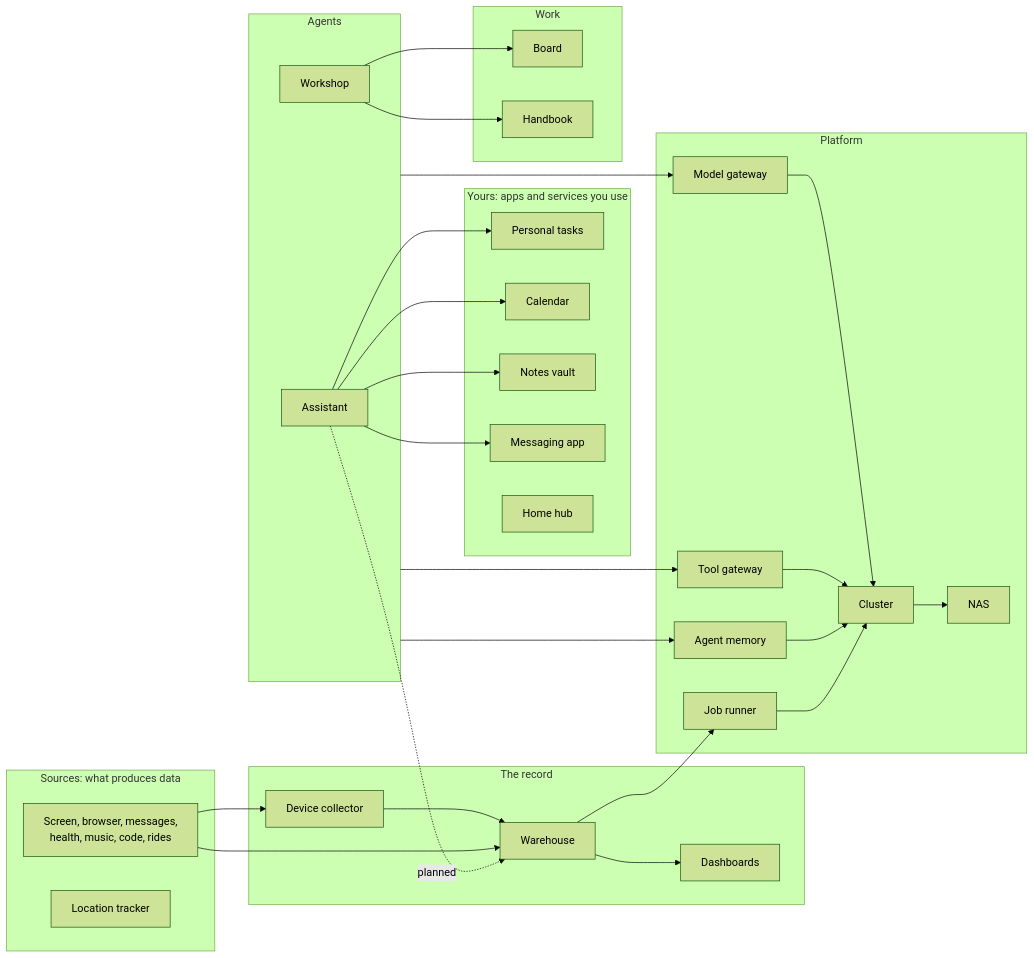
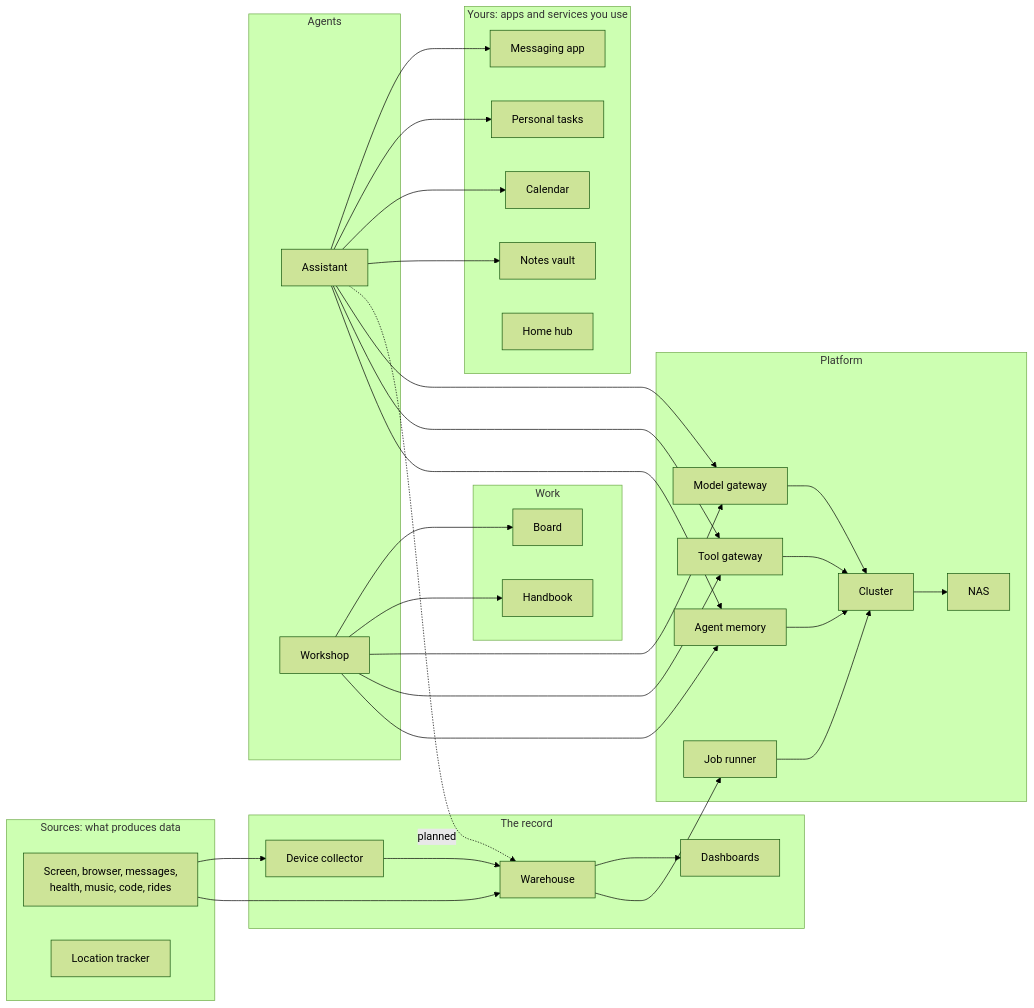
One commit to h-wb/handbook changed the first of 2 diagrams in Map.md. Above: the diagram before and after it, drawn with Mermaid (forest theme).

Commit message:
Map: link the agents to the platform node by node
An arrow that starts from a whole group is the one unusual thing in the
first diagram, and that diagram did not render on GitHub.

````diff
--- a/Map.md
+++ b/Map.md
@@ -20,54 +20,52 @@
 ```mermaid
 flowchart LR
     subgraph yours[Yours: apps and services you use]
         PT["Personal tasks"]
         CA["Calendar"]
         NV["Notes vault"]
         MA["Messaging app"]
         HH["Home hub"]
     end
     subgraph sources[Sources: what produces data]
         SRC["Screen, browser, messages,<br/>health, music, code, rides"]
         LT["Location tracker"]
     end
     subgraph record[The record]
         DC["Device collector"]
         WH["Warehouse"]
         DA["Dashboards"]
     end
     subgraph agents[Agents]
         AS["Assistant"]
         WS["Workshop"]
     end
     subgraph work[Work]
         BO["Board"]
         HB["Handbook"]
     end
     subgraph platform[Platform]
         MG["Model gateway"]
         TG["Tool gateway"]
         AM["Agent memory"]
         JR["Job runner"]
         CL["Cluster"]
         NA["NAS"]
     end
     SRC --> DC --> WH --> DA
     SRC --> WH
     WH --> JR
     AS --> MA
     AS --> PT
     AS --> CA
     AS --> NV
     AS -.->|planned| WH
     WS --> BO
     WS --> HB
-    agents --> MG
-    agents --> TG
-    agents --> AM
+    AS & WS --> MG & TG & AM
     MG --> CL
     TG --> CL
     AM --> CL
     JR --> CL
     CL --> NA
     class PT,CA,NV,MA,HH,LT,DC,WH,DA,AS,WS,BO,HB,MG,TG,AM,JR,CL,NA internal-link;
 ```
````
